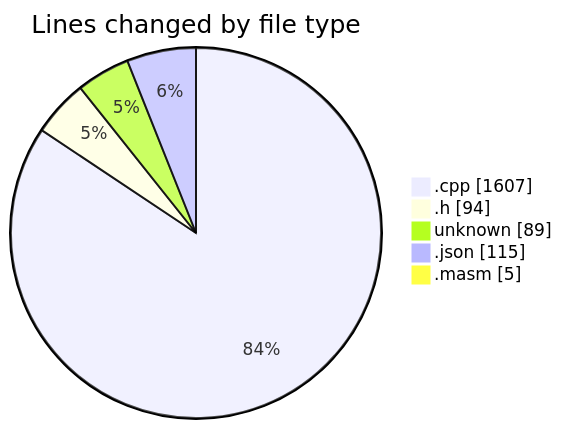
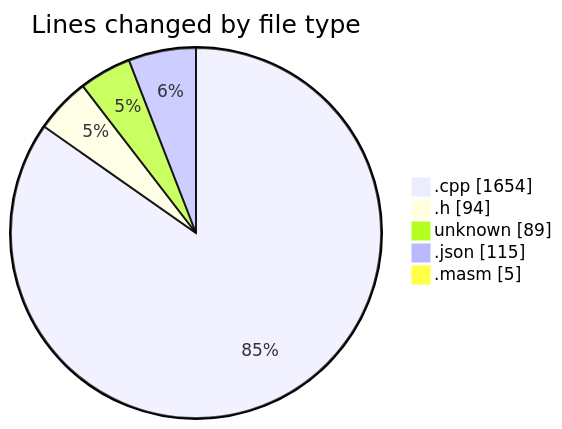
Before and after one commit to charlie-sans/code-tracking: the first of 2 diagrams in 2025-04-29/c-masm/README.md, drawn with Mermaid. The commit also changed other lines of this file and 1 other file, not shown here.

````diff
--- a/2025-04-29/c-masm/README.md
+++ b/2025-04-29/c-masm/README.md
@@ -24,9 +25,9 @@
 ```mermaid
 pie showData
 title Lines changed by file type
-".cpp" : 1607
+".cpp" : 1654
 ".h" : 94
 "unknown" : 89
 ".json" : 115
 ".masm" : 5
 ```
````
